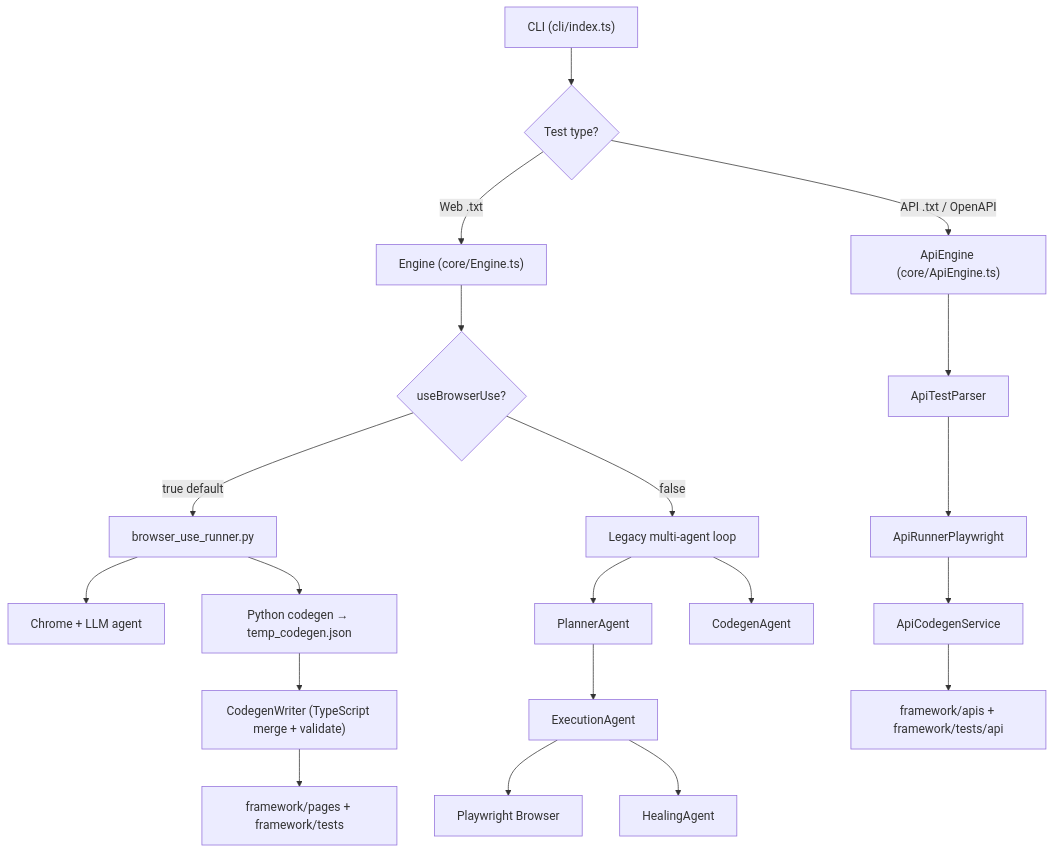
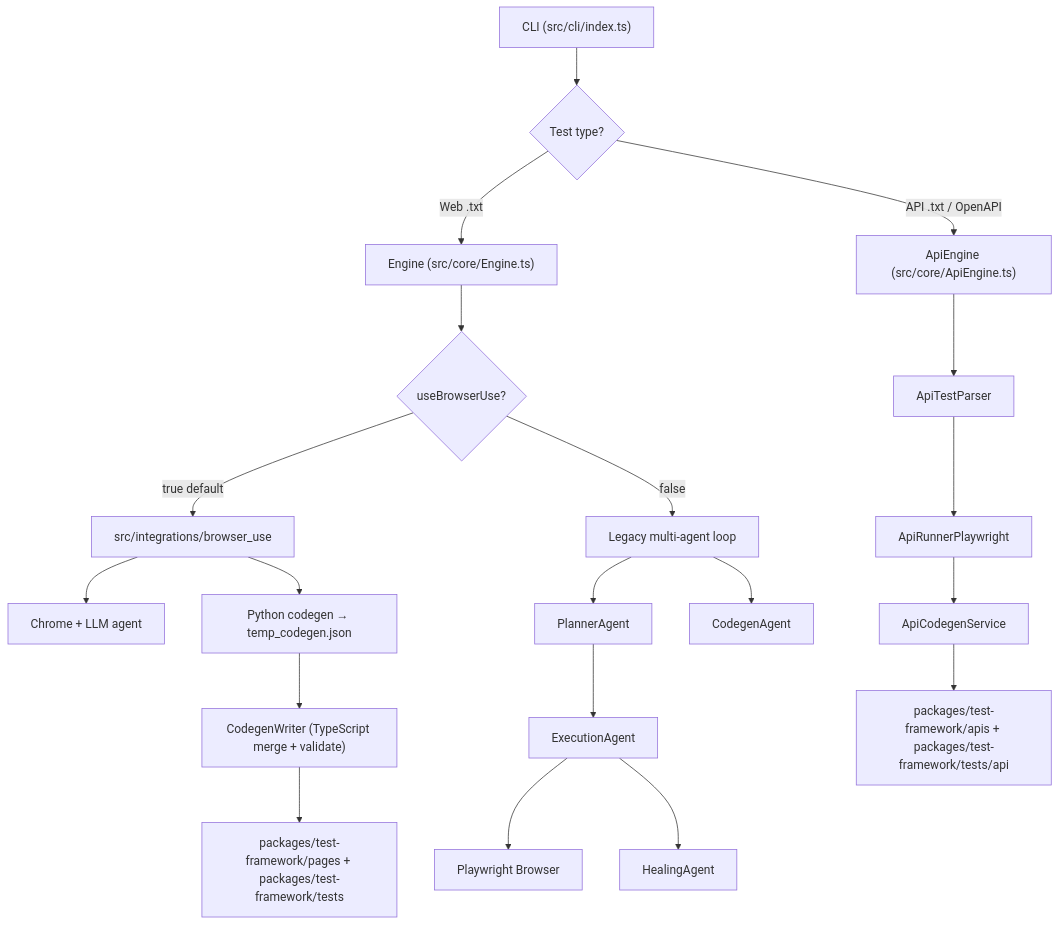
Before and after one commit to javed0211/WebPilot: the first of 3 diagrams in docs/FRAMEWORK_GUIDE.md, drawn with Mermaid. The commit also changed other lines of this file and 812 other files, not shown here.

````diff
--- a/docs/FRAMEWORK_GUIDE.md
+++ b/docs/FRAMEWORK_GUIDE.md
@@ -60,29 +61,29 @@
 ```mermaid
 flowchart TB
-  CLI["CLI (cli/index.ts)"]
+  CLI["CLI (src/cli/index.ts)"]
   CLI --> Run{Test type?}
 
-  Run -->|Web .txt| Engine["Engine (core/Engine.ts)"]
-  Run -->|API .txt / OpenAPI| ApiEngine["ApiEngine (core/ApiEngine.ts)"]
+  Run -->|Web .txt| Engine["Engine (src/core/Engine.ts)"]
+  Run -->|API .txt / OpenAPI| ApiEngine["ApiEngine (src/core/ApiEngine.ts)"]
 
   Engine --> BU{useBrowserUse?}
-  BU -->|true default| BrowserUse["browser_use_runner.py"]
+  BU -->|true default| BrowserUse["src/integrations/browser_use"]
   BU -->|false| Legacy["Legacy multi-agent loop"]
 
   BrowserUse --> Chrome["Chrome + LLM agent"]
   BrowserUse --> CodegenPy["Python codegen → temp_codegen.json"]
   CodegenPy --> CodegenWriter["CodegenWriter (TypeScript merge + validate)"]
 
   Legacy --> Planner["PlannerAgent"]
   Planner --> Executor["ExecutionAgent"]
   Executor --> Playwright["Playwright Browser"]
   Executor --> Healer["HealingAgent"]
   Legacy --> CodegenTS["CodegenAgent"]
 
   ApiEngine --> Parser["ApiTestParser"]
   Parser --> ApiRunner["ApiRunnerPlaywright"]
   ApiRunner --> ApiCodegen["ApiCodegenService"]
 
-  CodegenWriter --> Framework["framework/pages + framework/tests"]
-  ApiCodegen --> FrameworkApi["framework/apis + framework/tests/api"]
+  CodegenWriter --> Framework["packages/test-framework/pages + packages/test-framework/tests"]
+  ApiCodegen --> FrameworkApi["packages/test-framework/apis + packages/test-framework/tests/api"]
 ```
````
